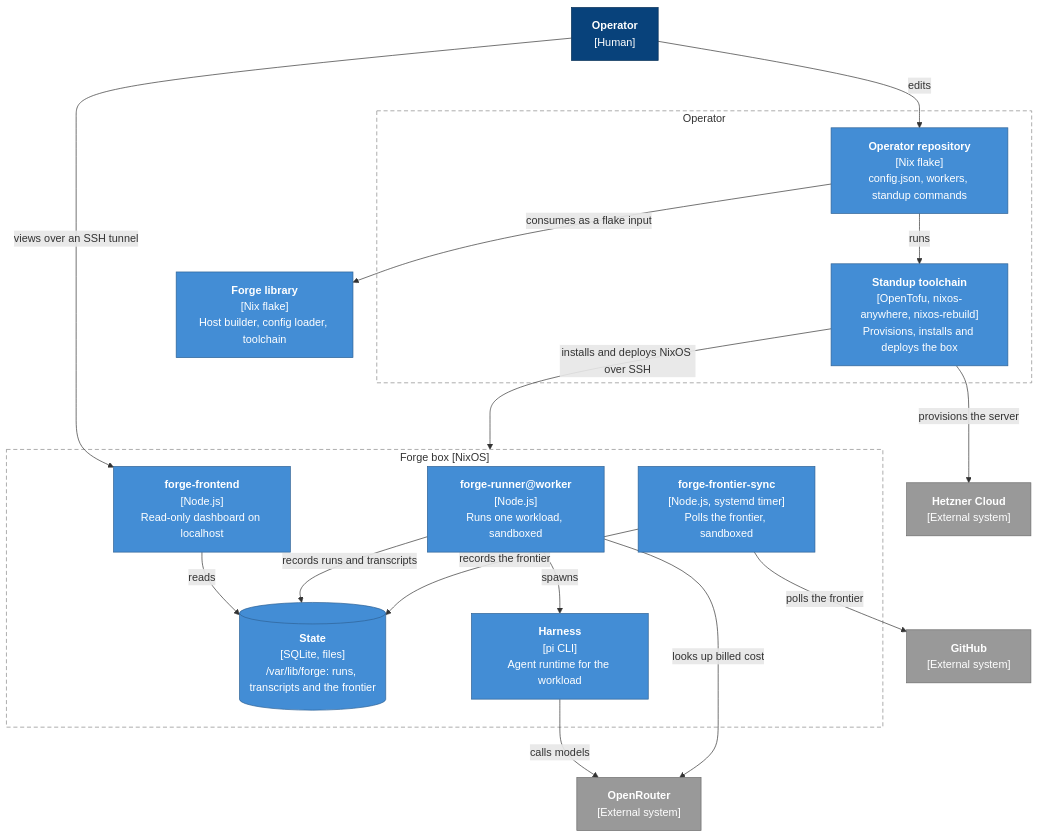
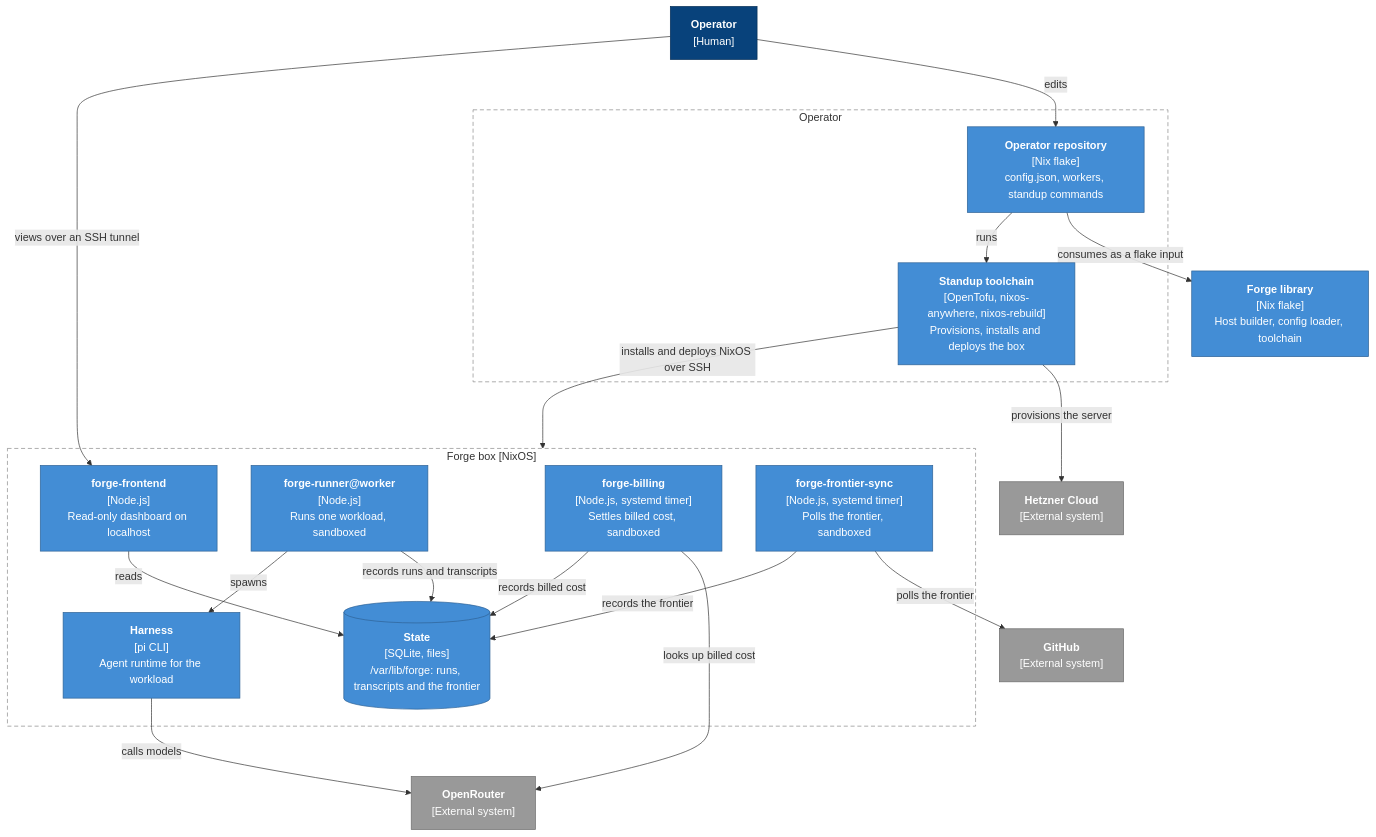
One commit to rameezk/forge changed the second of 3 diagrams in README.md. Above: the diagram before and after it, drawn with Mermaid. The commit also changed other lines of this file and 31 other files, not shown here.

Commit message:
feat: settle billed cost after the run with a billing service (#95)

````diff
--- a/README.md
+++ b/README.md
@@ -44,45 +49,47 @@
 ```mermaid
 flowchart TB
     operator["<b>Operator</b><br/>[Human]"]
 
     subgraph workstation["Operator"]
         oprepo["<b>Operator repository</b><br/>[Nix flake]<br/>config.json, workers, standup commands"]
         toolchain["<b>Standup toolchain</b><br/>[OpenTofu, nixos-anywhere, nixos-rebuild]<br/>Provisions, installs and deploys the box"]
     end
 
     subgraph box["Forge box [NixOS]"]
         frontend["<b>forge-frontend</b><br/>[Node.js]<br/>Read-only dashboard on localhost"]
         state[("<b>State</b><br/>[SQLite, files]<br/>/var/lib/forge: runs, transcripts and the frontier")]
         runner["<b>forge-runner@worker</b><br/>[Node.js]<br/>Runs one workload, sandboxed"]
         harness["<b>Harness</b><br/>[pi CLI]<br/>Agent runtime for the workload"]
+        billing["<b>forge-billing</b><br/>[Node.js, systemd timer]<br/>Settles billed cost, sandboxed"]
         frontier["<b>forge-frontier-sync</b><br/>[Node.js, systemd timer]<br/>Polls the frontier, sandboxed"]
     end
 
     library["<b>Forge library</b><br/>[Nix flake]<br/>Host builder, config loader, toolchain"]
     hetzner["<b>Hetzner Cloud</b><br/>[External system]"]
     openrouter["<b>OpenRouter</b><br/>[External system]"]
     github["<b>GitHub</b><br/>[External system]"]
 
     operator -- "edits" --> oprepo
     operator -- "views over an SSH tunnel" --> frontend
     oprepo -- "consumes as a flake input" --> library
     oprepo -- "runs" --> toolchain
     toolchain -- "provisions the server" --> hetzner
     toolchain -- "installs and deploys NixOS over SSH" --> box
     frontend -- "reads" --> state
     runner -- "records runs and transcripts" --> state
     runner -- "spawns" --> harness
     harness -- "calls models" --> openrouter
-    runner -- "looks up billed cost" --> openrouter
+    billing -- "looks up billed cost" --> openrouter
+    billing -- "records billed cost" --> state
     frontier -- "polls the frontier" --> github
     frontier -- "records the frontier" --> state
 
     classDef person fill:#08427b,stroke:#052e56,color:#fff
     classDef container fill:#438dd5,stroke:#2e6295,color:#fff
     classDef external fill:#999999,stroke:#6b6b6b,color:#fff
     classDef boundary fill:none,stroke:#888888,stroke-dasharray:6 4
     class operator person
-    class oprepo,toolchain,library,runner,harness,frontier,frontend,state container
+    class oprepo,toolchain,library,runner,harness,billing,frontier,frontend,state container
     class hetzner,openrouter,github external
     class workstation,box boundary
 ```
````
